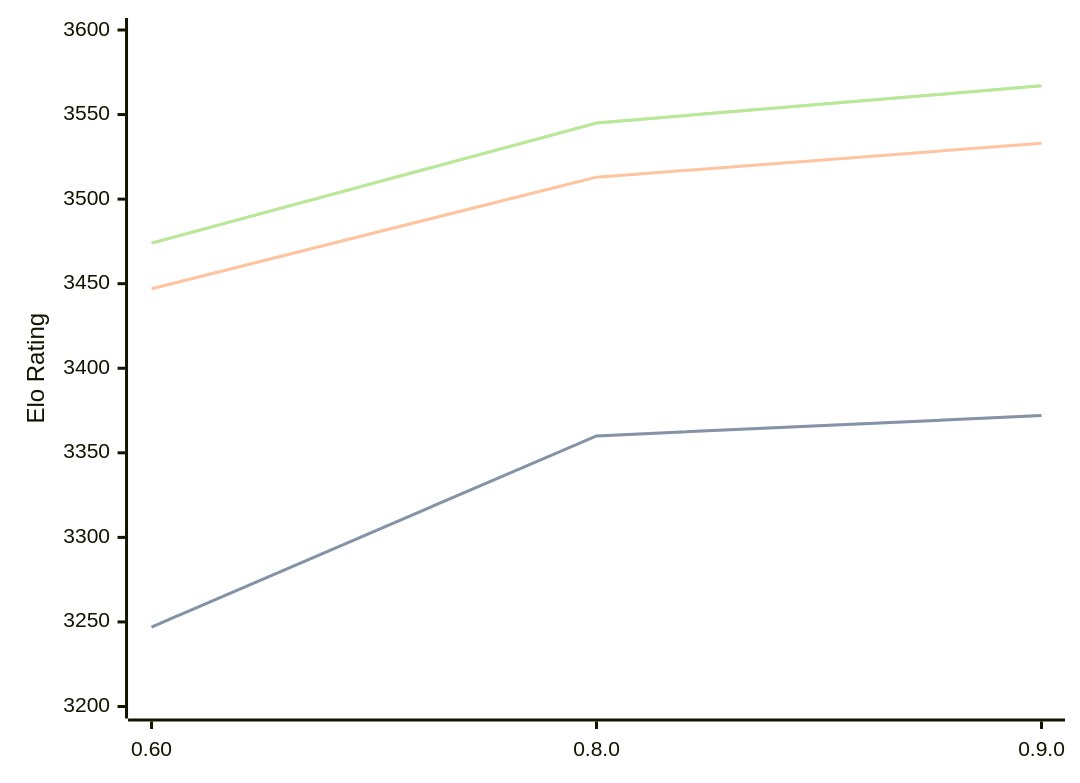
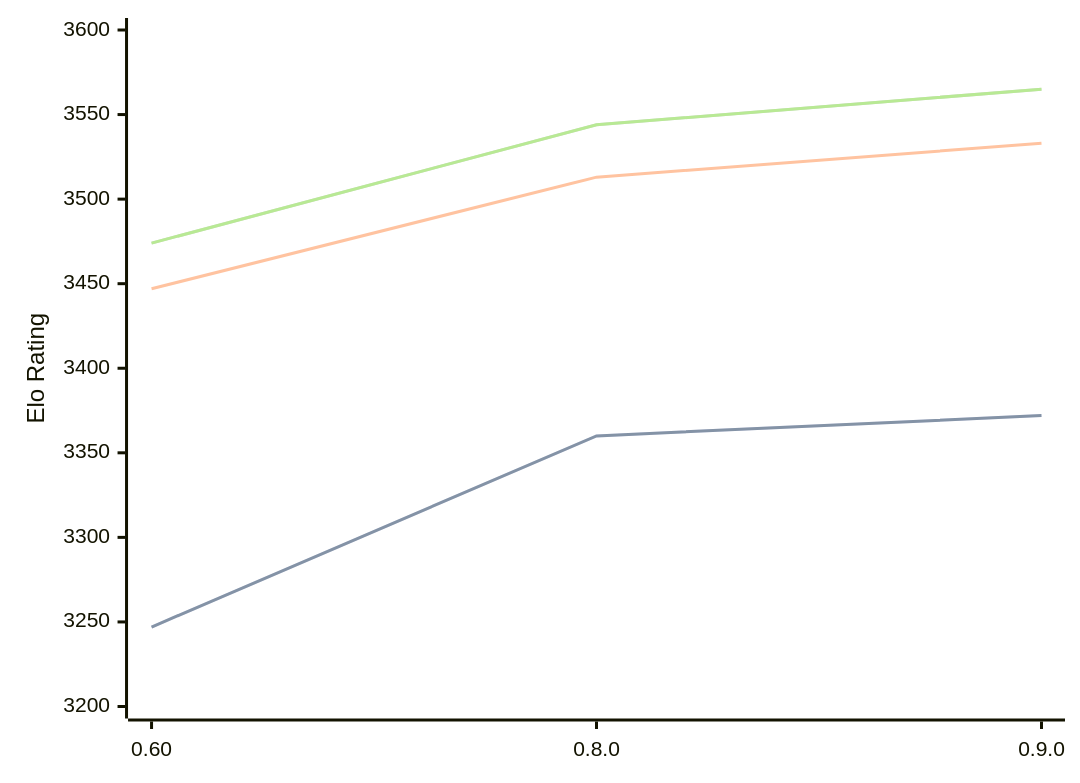
One commit to computer-chess-index/cci changed the diagram in engines/Motor.md. Above: the diagram before and after it, drawn with Mermaid. The commit also changed other lines of this file, not shown here.

Commit message:
Update CCI Ratings (ELO VLTC) - 2026-03-11

````diff
--- a/engines/Motor.md
+++ b/engines/Motor.md
@@ -37,11 +37,11 @@
 ```mermaid
 %%{init: {"theme":"base","themeVariables":{"seriesColors:['#a3a3a3','#222221','#faa371']}}}%%
 xychart-beta
   x-axis ["0.60", "0.8.0", "0.9.0"]
   y-axis "Elo Rating" 3200 --> 3600
   line "STC (8.0+0.08s)" [3247, 3360, 3372]
   line "STC (8.0+0.08s)" [3247, 3360, 3372]
   line "LTC (60.0+0.60s)" [3447, 3513, 3533]
-  line "VLTC (2m24s+1.12s)" [3474, 3545, 3567]
-  line "VLTC (2m24s+1.12s)" [3474, 3545, 3567]
+  line "VLTC (2m24s+1.12s)" [3474, 3544, 3565]
+  line "VLTC (2m24s+1.12s)" [3474, 3544, 3565]
 ```
````
